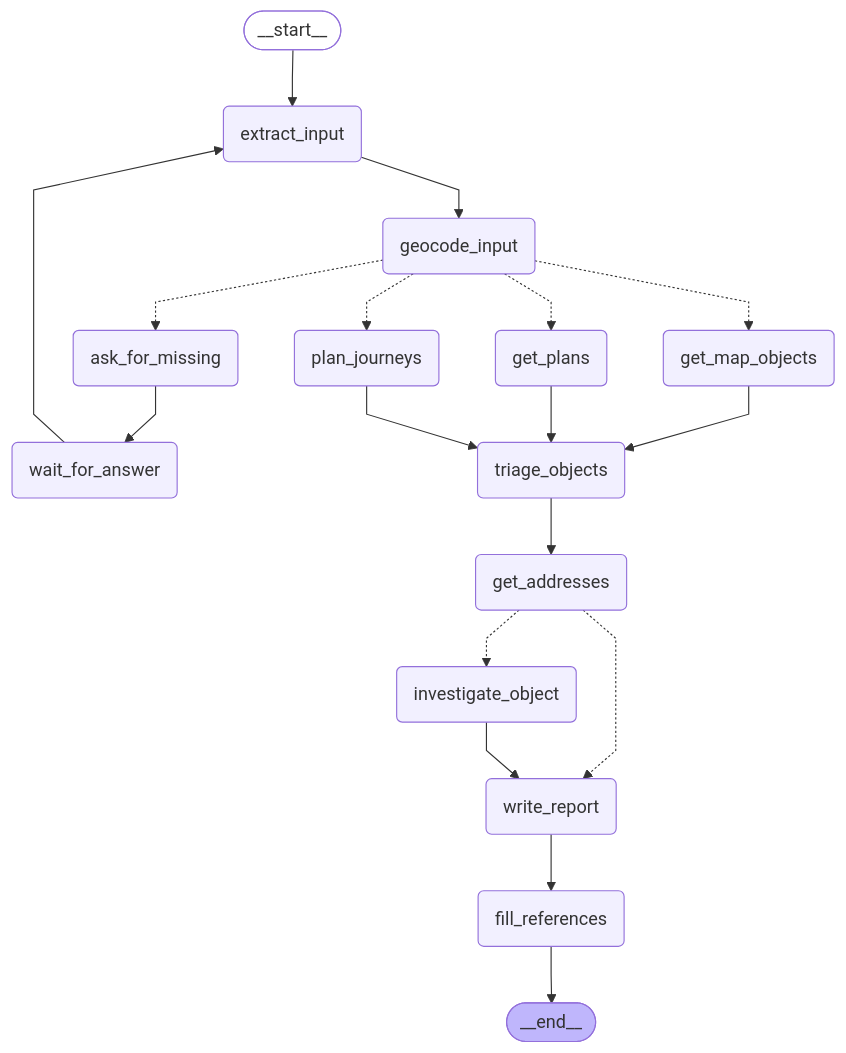
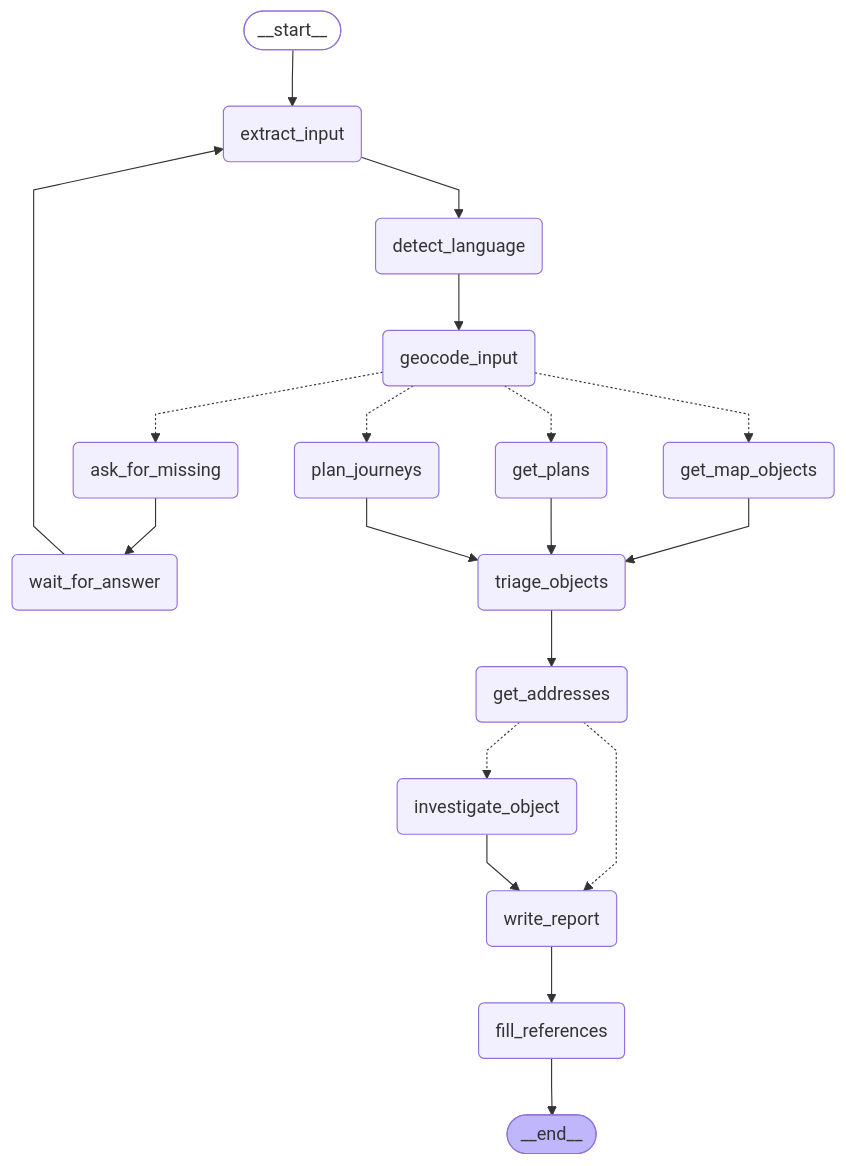
Before and after one commit to avashchenkov/out-of-frame: the first of 2 diagrams in docs/compiled-graph.md, drawn with Mermaid. The commit also changed 14 other files, not shown here.

````diff
--- a/docs/compiled-graph.md
+++ b/docs/compiled-graph.md
@@ -15,42 +15,44 @@
 ```mermaid
 ---
 config:
   flowchart:
     curve: linear
 ---
 graph TD;
 	__start__([<p>__start__</p>]):::first
 	extract_input(extract_input)
+	detect_language(detect_language)
 	geocode_input(geocode_input)
 	ask_for_missing(ask_for_missing)
 	wait_for_answer(wait_for_answer)
 	get_map_objects(get_map_objects)
 	get_plans(get_plans)
 	plan_journeys(plan_journeys)
 	triage_objects(triage_objects)
 	get_addresses(get_addresses)
 	investigate_object(investigate_object)
 	write_report(write_report)
 	fill_references(fill_references)
 	__end__([<p>__end__</p>]):::last
 	__start__ --> extract_input;
 	ask_for_missing --> wait_for_answer;
-	extract_input --> geocode_input;
+	detect_language --> geocode_input;
+	extract_input --> detect_language;
 	geocode_input -.-> ask_for_missing;
 	geocode_input -.-> get_map_objects;
 	geocode_input -.-> get_plans;
 	geocode_input -.-> plan_journeys;
 	get_addresses -.-> investigate_object;
 	get_addresses -.-> write_report;
 	get_map_objects --> triage_objects;
 	get_plans --> triage_objects;
 	investigate_object --> write_report;
 	plan_journeys --> triage_objects;
 	triage_objects --> get_addresses;
 	wait_for_answer --> extract_input;
 	write_report --> fill_references;
 	fill_references --> __end__;
 	classDef default fill:#f2f0ff,line-height:1.2
 	classDef first fill-opacity:0
 	classDef last fill:#bfb6fc
 ```
````
